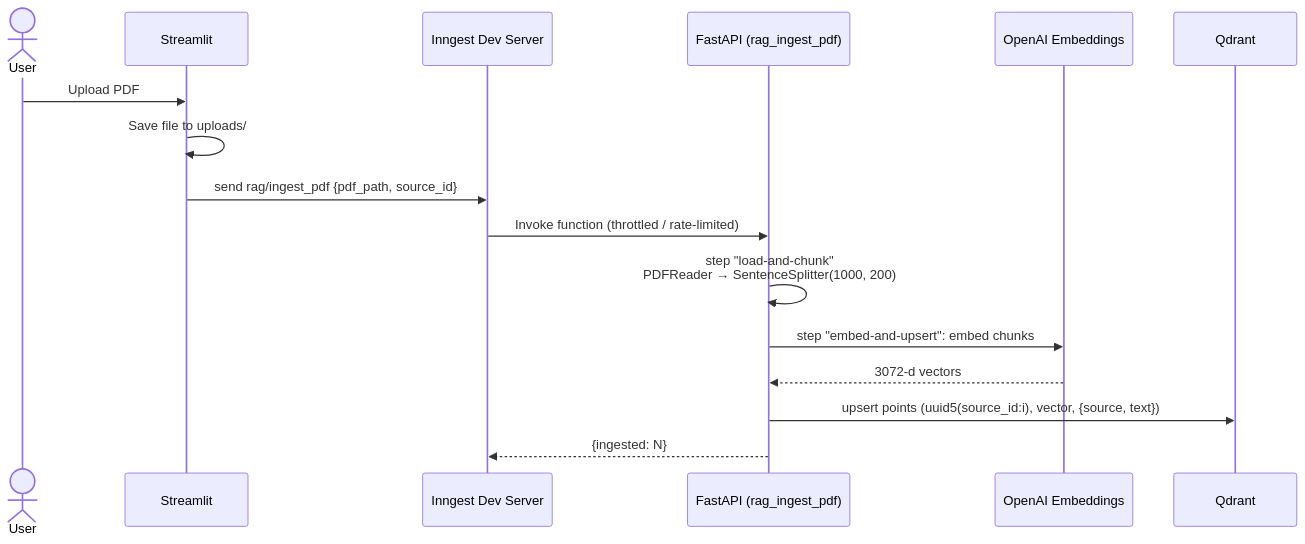
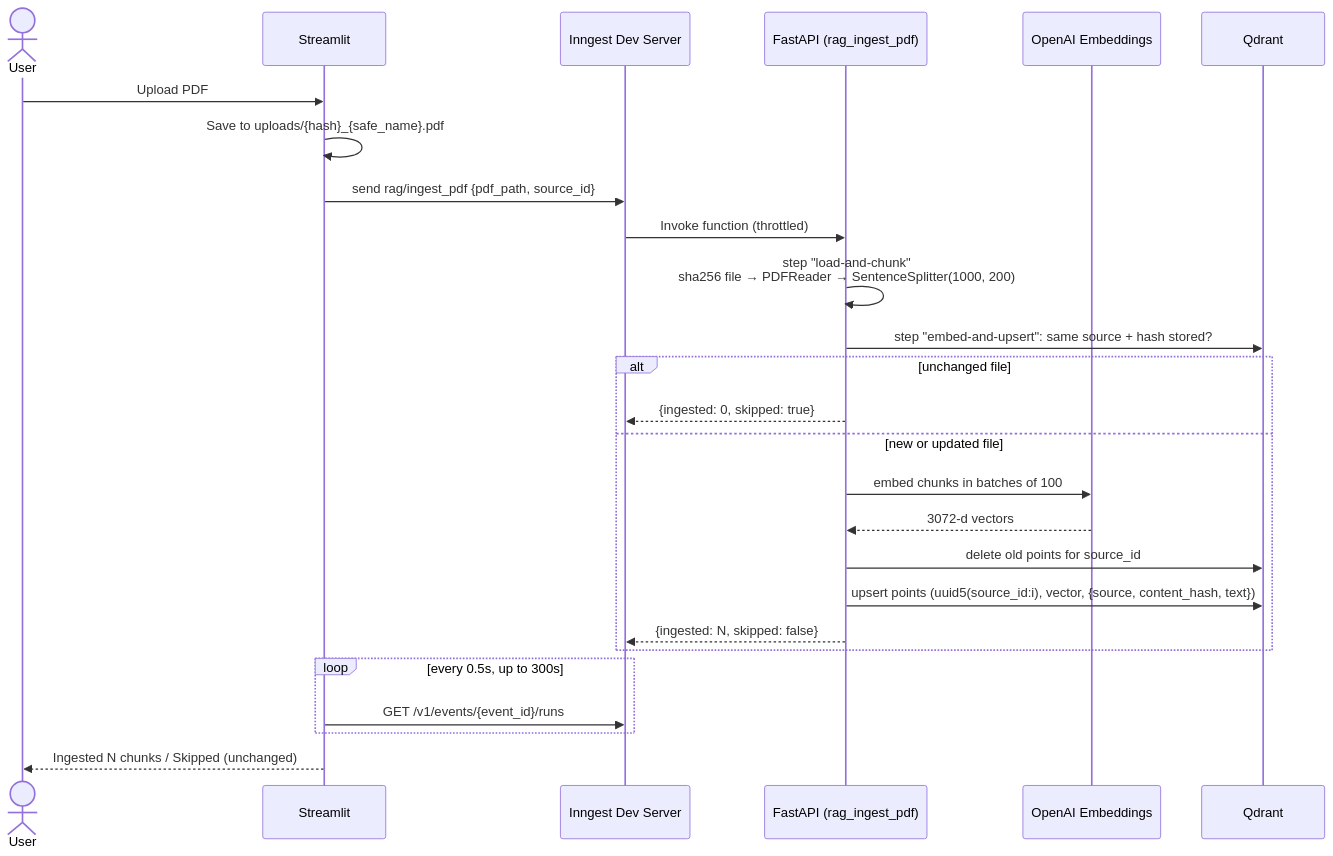
The second of 3 diagrams in README.md (mphan10/pdf-rag-app), drawn with Mermaid before and after one commit. The commit also changed other lines of this file and 6 other files, not shown here.

First line of the commit message:
FIX: batch embeddings, remove stale chunks on re-ingest, skip unchanged uploads, sanitize upload paths

````diff
--- a/README.md
+++ b/README.md
@@ -70,19 +70,29 @@
 ```mermaid
 sequenceDiagram
     actor U as User
     participant S as Streamlit
     participant I as Inngest Dev Server
     participant F as FastAPI (rag_ingest_pdf)
     participant O as OpenAI Embeddings
     participant Q as Qdrant
 
     U->>S: Upload PDF
-    S->>S: Save file to uploads/
+    S->>S: Save to uploads/{hash}_{safe_name}.pdf
     S->>I: send rag/ingest_pdf {pdf_path, source_id}
-    I->>F: Invoke function (throttled / rate-limited)
-    F->>F: step "load-and-chunk"<br/>PDFReader → SentenceSplitter(1000, 200)
-    F->>O: step "embed-and-upsert": embed chunks
-    O-->>F: 3072-d vectors
-    F->>Q: upsert points (uuid5(source_id:i), vector, {source, text})
-    F-->>I: {ingested: N}
+    I->>F: Invoke function (throttled)
+    F->>F: step "load-and-chunk"<br/>sha256 file → PDFReader → SentenceSplitter(1000, 200)
+    F->>Q: step "embed-and-upsert": same source + hash stored?
+    alt unchanged file
+        F-->>I: {ingested: 0, skipped: true}
+    else new or updated file
+        F->>O: embed chunks in batches of 100
+        O-->>F: 3072-d vectors
+        F->>Q: delete old points for source_id
+        F->>Q: upsert points (uuid5(source_id:i), vector, {source, content_hash, text})
+        F-->>I: {ingested: N, skipped: false}
+    end
+    loop every 0.5s, up to 300s
+        S->>I: GET /v1/events/{event_id}/runs
+    end
+    S-->>U: Ingested N chunks / Skipped (unchanged)
 ```
````
